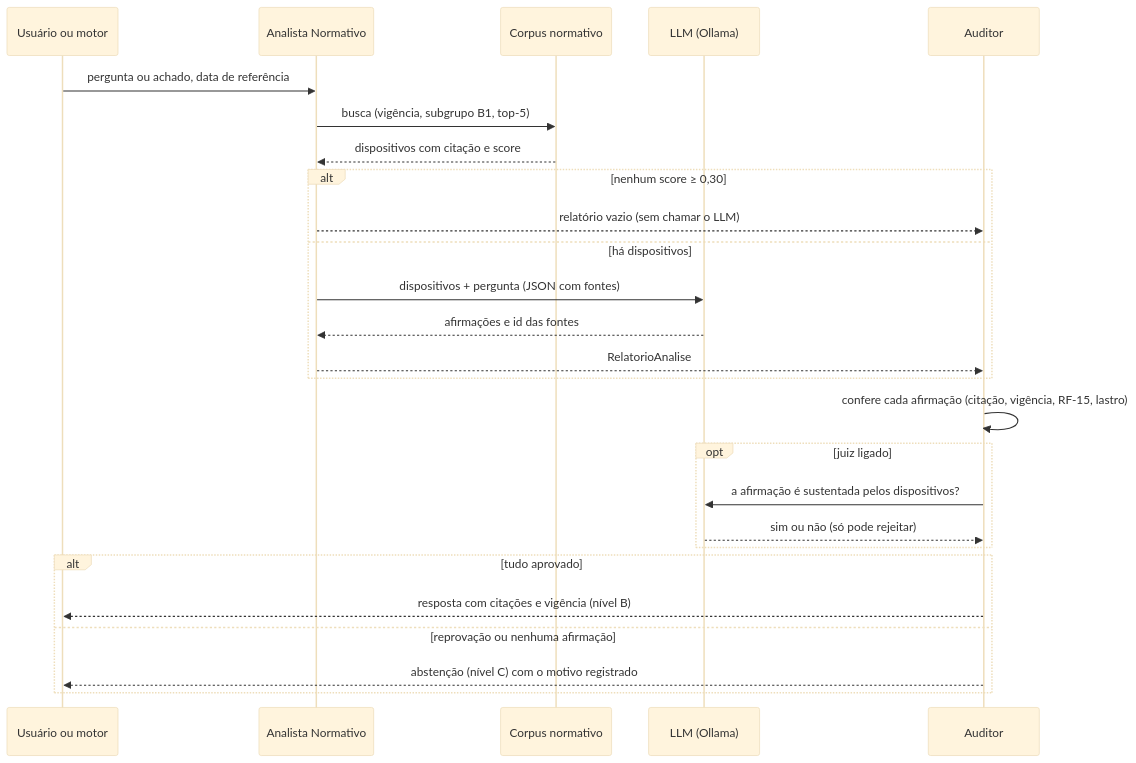
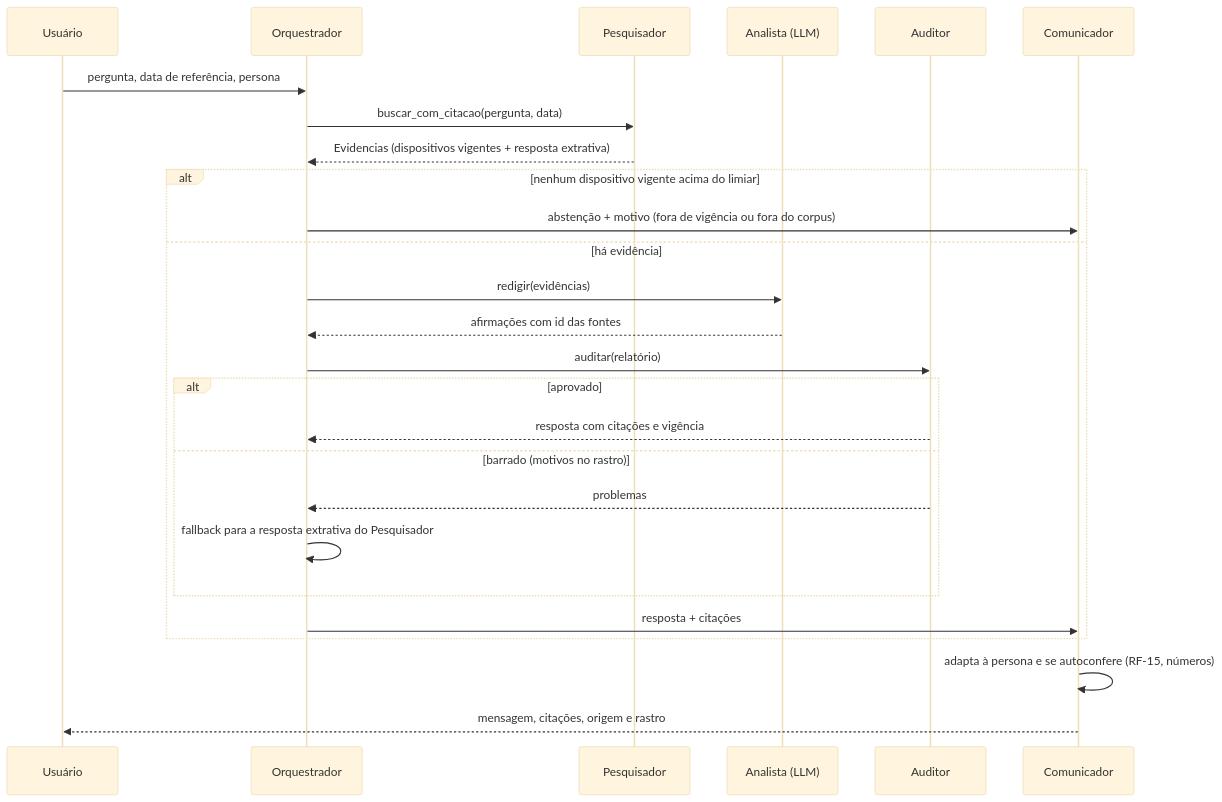
Before and after one commit to grupo-8-residencia/Fatura-Aberta: the second of 3 diagrams in docs/arquitetura/agentes.md, drawn with Mermaid (base theme). The commit also changed other lines of this file and 2 other files, not shown here.

First line of the commit message:
docs(agentes): arquitetura dos 4 agentes, fluxos, demo e estado da S4 com o T5 (#36, #37)

````diff
--- a/docs/arquitetura/agentes.md
+++ b/docs/arquitetura/agentes.md
@@ -84,29 +110,29 @@
 ```mermaid
 sequenceDiagram
-    participant U as Usuário ou motor
-    participant AN as Analista Normativo
-    participant RAG as Corpus normativo
-    participant LLM as LLM (Ollama)
+    participant U as Usuário
+    participant OR as Orquestrador
+    participant PE as Pesquisador
+    participant AN as Analista (LLM)
     participant AU as Auditor
+    participant CO as Comunicador
 
-    U->>AN: pergunta ou achado, data de referência
-    AN->>RAG: busca (vigência, subgrupo B1, top-5)
-    RAG-->>AN: dispositivos com citação e score
-    alt nenhum score ≥ 0,30
-        AN-->>AU: relatório vazio (sem chamar o LLM)
-    else há dispositivos
-        AN->>LLM: dispositivos + pergunta (JSON com fontes)
-        LLM-->>AN: afirmações e id das fontes
-        AN-->>AU: RelatorioAnalise
+    U->>OR: pergunta, data de referência, persona
+    OR->>PE: buscar_com_citacao(pergunta, data)
+    PE-->>OR: Evidencias (dispositivos vigentes + resposta extrativa)
+    alt nenhum dispositivo vigente acima do limiar
+        OR->>CO: abstenção + motivo (fora de vigência ou fora do corpus)
+    else há evidência
+        OR->>AN: redigir(evidências)
+        AN-->>OR: afirmações com id das fontes
+        OR->>AU: auditar(relatório)
+        alt aprovado
+            AU-->>OR: resposta com citações e vigência
+        else barrado (motivos no rastro)
+            AU-->>OR: problemas
+            OR->>OR: fallback para a resposta extrativa do Pesquisador
+        end
+        OR->>CO: resposta + citações
     end
-    AU->>AU: confere cada afirmação (citação, vigência, RF-15, lastro)
-    opt juiz ligado
-        AU->>LLM: a afirmação é sustentada pelos dispositivos?
-        LLM-->>AU: sim ou não (só pode rejeitar)
-    end
-    alt tudo aprovado
-        AU-->>U: resposta com citações e vigência (nível B)
-    else reprovação ou nenhuma afirmação
-        AU-->>U: abstenção (nível C) com o motivo registrado
-    end
+    CO->>CO: adapta à persona e se autoconfere (RF-15, números)
+    CO-->>U: mensagem, citações, origem e rastro
 ```
````
